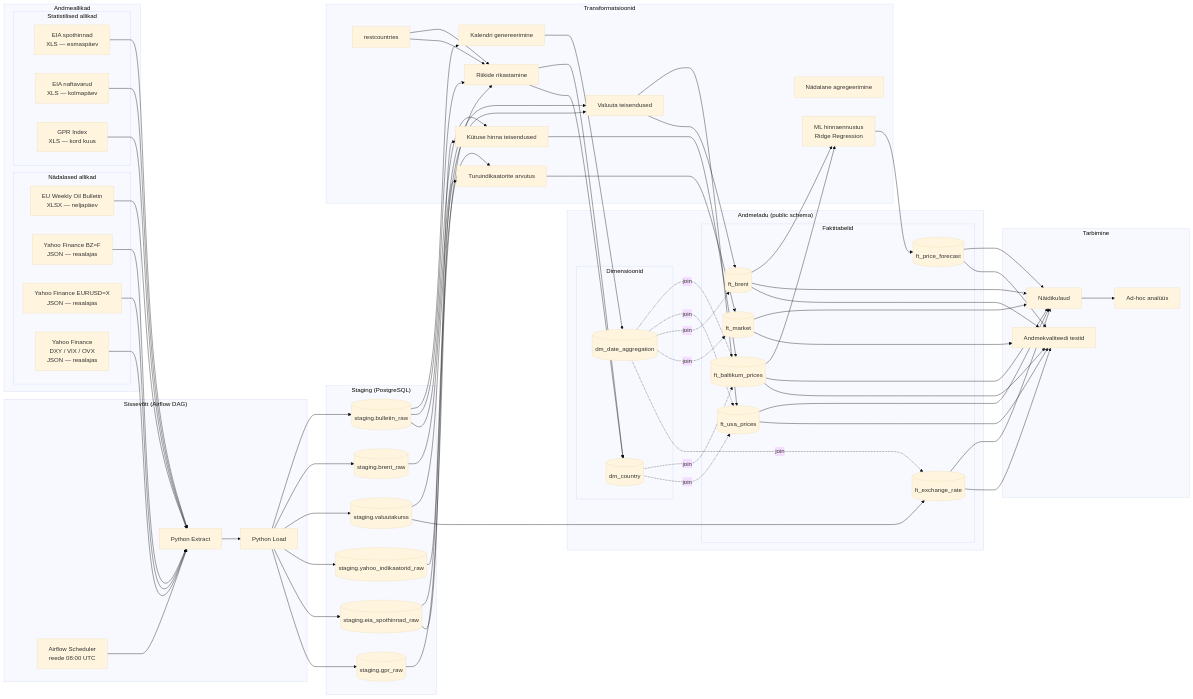
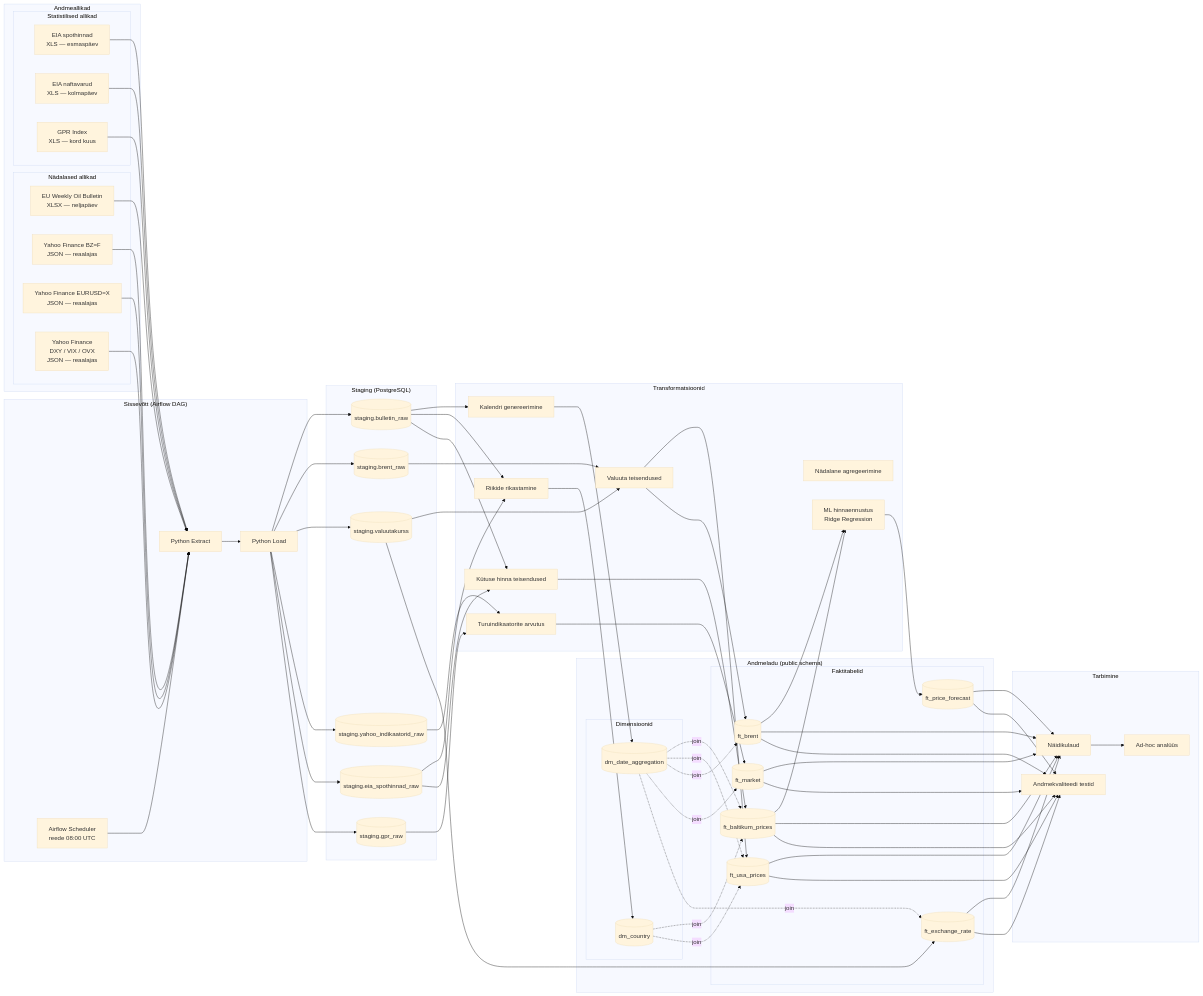
One commit to godbolts/fuel_analysis changed the diagram in README.md. Above: the diagram before and after it, drawn with Mermaid (base theme). The commit also changed other lines of this file and 4 other files, not shown here.

```diff
--- a/README.md
+++ b/README.md
@@ -15,20 +21,17 @@
 flowchart LR
 
     subgraph Sources["Andmeallikad"]
-
         subgraph Weekly["Nädalased allikad"]
             eu[EU Weekly Oil Bulletin<br/>XLSX — neljapäev]
             yahoo_brent[Yahoo Finance BZ=F<br/>JSON — reaalajas]
             yahoo_fx[Yahoo Finance EURUSD=X<br/>JSON — reaalajas]
             yahoo_ind[Yahoo Finance<br/>DXY / VIX / OVX<br/>JSON — reaalajas]
         end
-
         subgraph Frequent["Statistilised allikad"]
             eia_spot[EIA spothinnad<br/>XLS — esmaspäev]
             eia_varud[EIA naftavarud<br/>XLS — kolmapäev]
             gpr[GPR Index<br/>XLS — kord kuus]
         end
-
     end
 
     subgraph Ingestion["Sissevõtt (Airflow DAG)"]
@@ -38,63 +41,45 @@
     end
 
     subgraph Staging["Staging (PostgreSQL)"]
-
         bulletin[(staging.bulletin_raw)]
         brent_raw[(staging.brent_raw)]
         fx_raw[(staging.valuutakurss)]
         indicators_raw[(staging.yahoo_indikaatorid_raw)]
         eia_raw[(staging.eia_spothinnad_raw)]
         gpr_raw[(staging.gpr_raw)]
-
     end
 
     subgraph Transform["Transformatsioonid"]
-
         date_gen[Kalendri genereerimine]
-    restcountries --> country_gen
-
-    
         country_gen[Riikide rikastamine]
         weekly_agg[Nädalane agregeerimine]
         currency_calc[Valuuta teisendused]
         fuel_calc[Kütuse hinna teisendused]
         market_calc[Turuindikaatorite arvutus]
         ml_forecast[ML hinnaennustus<br/>Ridge Regression]
-
     end
 
     subgraph Warehouse["Andmeladu (public schema)"]
-
         subgraph Dimensions["Dimensioonid"]
-
             dm_date[(dm_date_aggregation)]
-country_gen --> dm_country
             dm_country[(dm_country)]
-
         end
-
         subgraph Facts["Faktitabelid"]
-
             ft_baltic[(ft_baltikum_prices)]
             ft_usa[(ft_usa_prices)]
             ft_brent[(ft_brent)]
             ft_market[(ft_market)]
             ft_fx[(ft_exchange_rate)]
             ft_forecast[(ft_price_forecast)]
-
         end
-
     end
 
     subgraph Consumption["Tarbimine"]
-
         dashboard[Näidikulaud]
         quality[Andmekvaliteedi testid]
         analytics[Ad-hoc analüüs]
-
     end
 
-    %% Sources -> ingestion
     eu --> extract
     yahoo_brent --> extract
     yahoo_fx --> extract
@@ -102,11 +87,9 @@
     eia_spot --> extract
     eia_varud --> extract
     gpr --> extract
-
     scheduler --> extract
     extract --> load
 
-    %% Load to staging
     load --> bulletin
     load --> brent_raw
     load --> fx_raw
@@ -114,16 +97,13 @@
     load --> eia_raw
     load --> gpr_raw
 
-    %% Dimension creation
     bulletin --> date_gen
     date_gen --> dm_date
 
     bulletin --> country_gen
     eia_raw --> country_gen
-    restcountries --> country_gen
     country_gen --> dm_country
 
-    %% Fact creation
     bulletin --> fuel_calc
     fuel_calc --> ft_baltic
 
@@ -144,7 +124,6 @@
     ft_brent --> ml_forecast
     ml_forecast --> ft_forecast
 
-    %% Dimension joins
     dm_date -. join .-> ft_baltic
     dm_date -. join .-> ft_usa
     dm_date -. join .-> ft_brent
@@ -154,7 +133,6 @@
     dm_country -. join .-> ft_baltic
     dm_country -. join .-> ft_usa
 
-    %% Consumption
     ft_baltic --> dashboard
     ft_usa --> dashboard
     ft_brent --> dashboard
```
